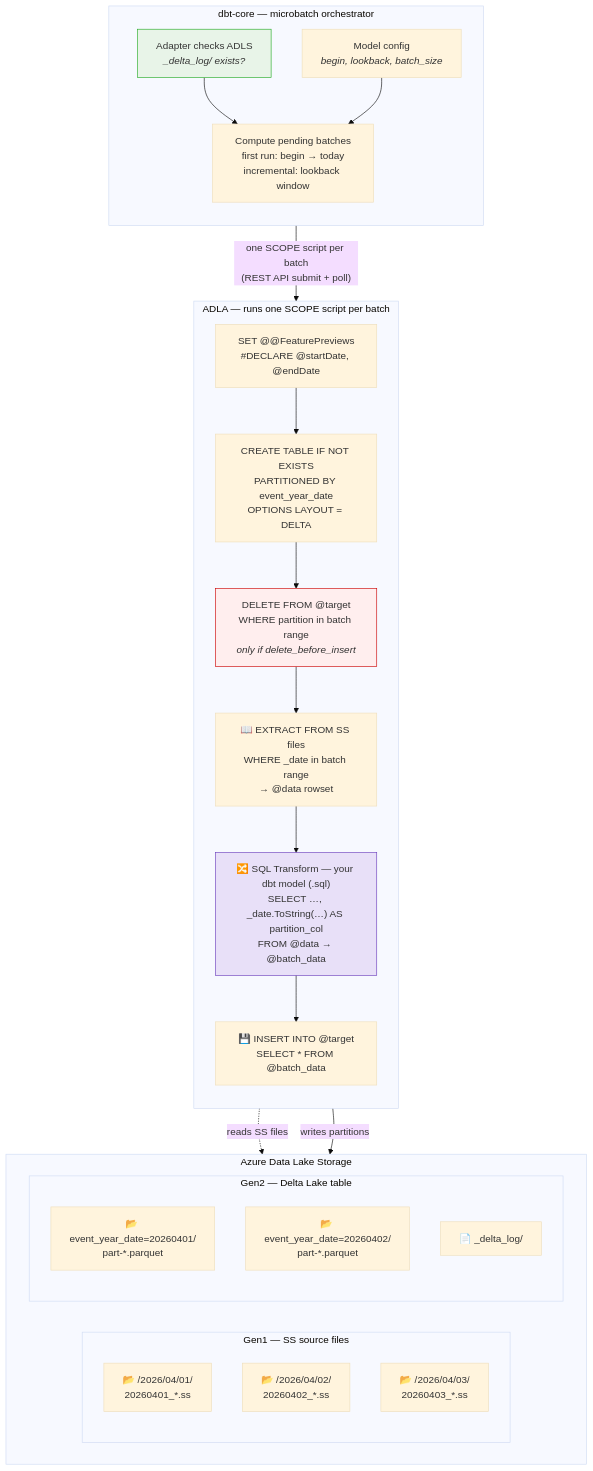
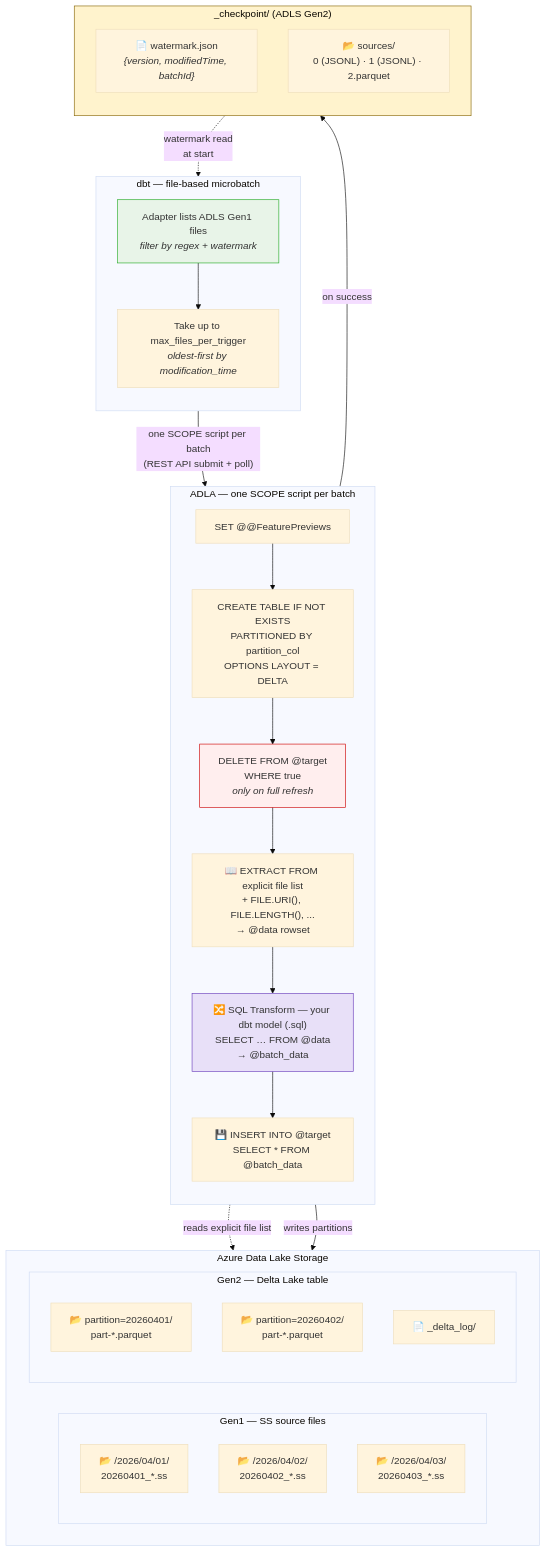
Before and after one commit to microsoft/dbt-scope: the diagram in README.md, drawn with Mermaid (base theme). The commit also changed other lines of this file, not shown here.

Commit message:
Update diagram

````diff
--- a/README.md
+++ b/README.md
@@ -58,46 +67,53 @@
 ```mermaid
 flowchart TB
-    subgraph dbt["dbt-core — microbatch orchestrator"]
+    subgraph dbt["dbt — file-based microbatch"]
         direction TB
-        Detect["Adapter checks ADLS<br/><i>_delta_log/ exists?</i>"]
-        Config["Model config<br/><i>begin, lookback, batch_size</i>"]
-        BatchCalc["Compute pending batches<br/>first run: begin → today<br/>incremental: lookback window"]
-        Detect --> BatchCalc
-        Config --> BatchCalc
+        Discover["Adapter lists ADLS Gen1 files<br/><i>filter by regex + watermark</i>"]
+        Batch["Take up to max_files_per_trigger<br/><i>oldest-first by modification_time</i>"]
+        Discover --> Batch
     end
 
-    subgraph ADLA["ADLA — runs one SCOPE script per batch"]
+    subgraph ADLA["ADLA — one SCOPE script per batch"]
         direction TB
-        S1["SET @@FeaturePreviews<br/>#DECLARE @startDate, @endDate"]
-        DDL["CREATE TABLE IF NOT EXISTS<br/>PARTITIONED BY event_year_date<br/>OPTIONS LAYOUT = DELTA"]
-        DEL["DELETE FROM @target<br/>WHERE partition in batch range<br/><i>only if delete_before_insert</i>"]
-        EXT["📖 EXTRACT FROM SS files<br/>WHERE _date in batch range<br/>→ @data rowset"]
-        TX["🔀 SQL Transform — your dbt model (.sql)<br/>SELECT …, _date.ToString(…) AS partition_col<br/>FROM @data → @batch_data"]
+        S1["SET @@FeaturePreviews"]
+        DDL["CREATE TABLE IF NOT EXISTS<br/>PARTITIONED BY partition_col<br/>OPTIONS LAYOUT = DELTA"]
+        DEL["DELETE FROM @target<br/>WHERE true<br/><i>only on full refresh</i>"]
+        EXT["📖 EXTRACT FROM explicit file list<br/>+ FILE.URI(), FILE.LENGTH(), ...<br/>→ @data rowset"]
+        TX["🔀 SQL Transform — your dbt model (.sql)<br/>SELECT … FROM @data<br/>→ @batch_data"]
         INS["💾 INSERT INTO @target<br/>SELECT * FROM @batch_data"]
         S1 --> DDL --> DEL --> EXT --> TX --> INS
+    end
+
+    subgraph Checkpoint["_checkpoint/ (ADLS Gen2)"]
+        direction TB
+        WM["📄 watermark.json<br/><i>{version, modifiedTime, batchId}</i>"]
+        SRC["📂 sources/<br/>0 (JSONL) · 1 (JSONL) · 2.parquet"]
     end
 
     subgraph Storage["Azure Data Lake Storage"]
         direction LR
         subgraph Sources["Gen1 — SS source files"]
             direction TB
             SS1["📂 /2026/04/01/<br/>20260401_*.ss"]
             SS2["📂 /2026/04/02/<br/>20260402_*.ss"]
             SS3["📂 /2026/04/03/<br/>20260403_*.ss"]
         end
         subgraph Target["Gen2 — Delta Lake table"]
             direction TB
-            P1["📂 event_year_date=20260401/<br/>part-*.parquet"]
-            P2["📂 event_year_date=20260402/<br/>part-*.parquet"]
+            P1["📂 partition=20260401/<br/>part-*.parquet"]
+            P2["📂 partition=20260402/<br/>part-*.parquet"]
             DL["📄 _delta_log/"]
         end
     end
 
-    BatchCalc -- "one SCOPE script per batch<br/>(REST API submit + poll)" --> ADLA
-    EXT -. "reads SS files" .-> Sources
+    Batch -- "one SCOPE script per batch<br/>(REST API submit + poll)" --> ADLA
+    EXT -. "reads explicit file list" .-> Sources
     INS -- "writes partitions" --> Target
+    ADLA -- "on success" --> Checkpoint
+    Checkpoint -. "watermark read<br/>at start" .-> Discover
 
     style DEL fill:#fee,stroke:#c00
     style TX fill:#e8e0f8,stroke:#6a3cbc
-    style Detect fill:#e8f4e8,stroke:#2a2
+    style Discover fill:#e8f4e8,stroke:#2a2
+    style Checkpoint fill:#fff3cd,stroke:#856404
 ```
````
